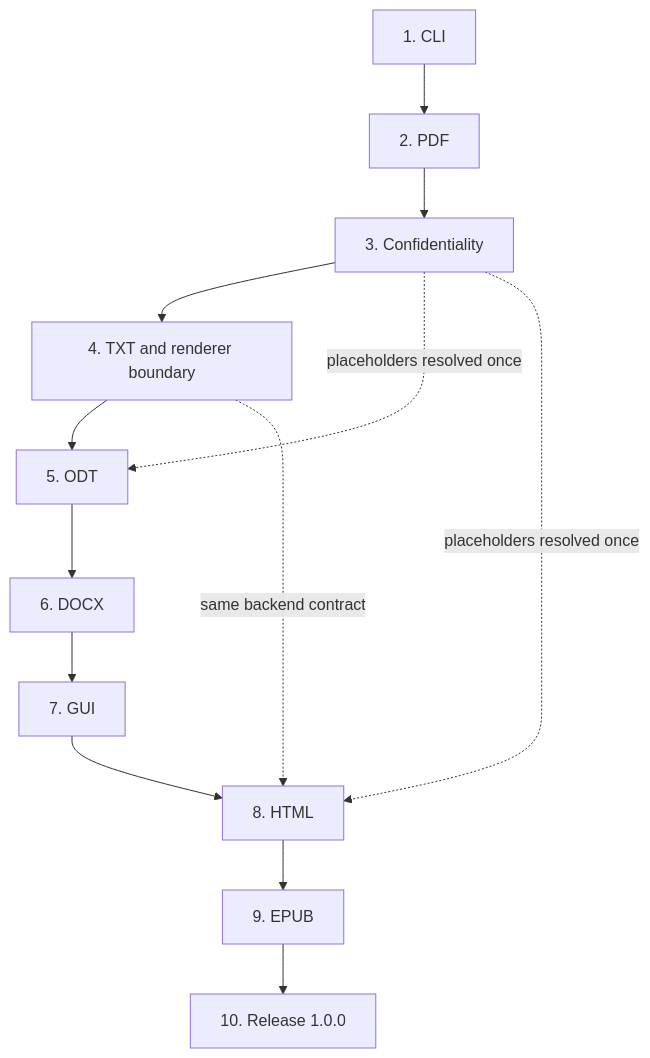
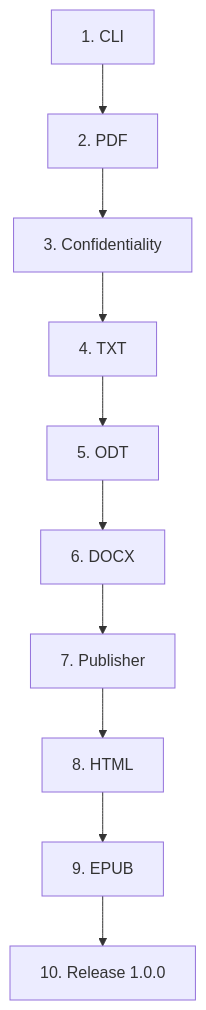
Before and after one commit to Tralen/pageformer: the diagram in docs/roadmap.md, drawn with Mermaid. The commit also changed other lines of this file and 13 other files, not shown here.

````diff
--- a/docs/roadmap.md
+++ b/docs/roadmap.md
@@ -20,15 +20,12 @@
 ```mermaid
 flowchart TD
     CLI[1. CLI] --> PDF[2. PDF]
     PDF --> Confidentiality[3. Confidentiality]
-    Confidentiality --> TXT[4. TXT and renderer boundary]
+    Confidentiality --> TXT[4. TXT]
     TXT --> ODT[5. ODT]
     ODT --> DOCX[6. DOCX]
-    DOCX --> GUI[7. GUI]
-    GUI --> HTML[8. HTML]
+    DOCX --> Publisher[7. Publisher]
+    Publisher --> HTML[8. HTML]
     HTML --> EPUB[9. EPUB]
     EPUB --> Release[10. Release 1.0.0]
-    Confidentiality -. placeholders resolved once .-> ODT
-    Confidentiality -. placeholders resolved once .-> HTML
-    TXT -. same backend contract .-> HTML
 ```
````
